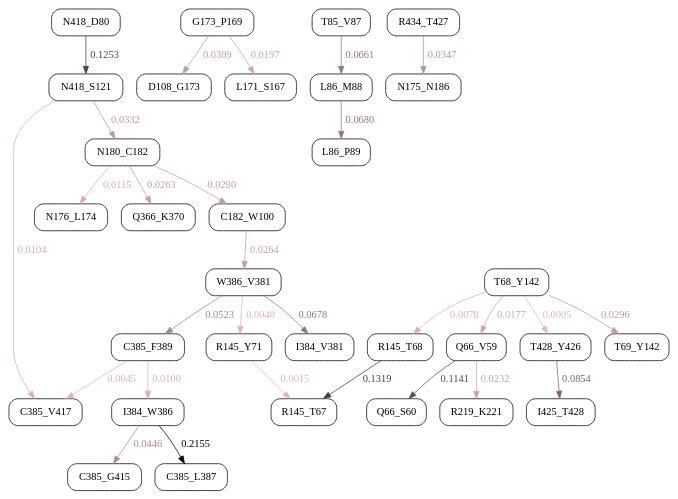
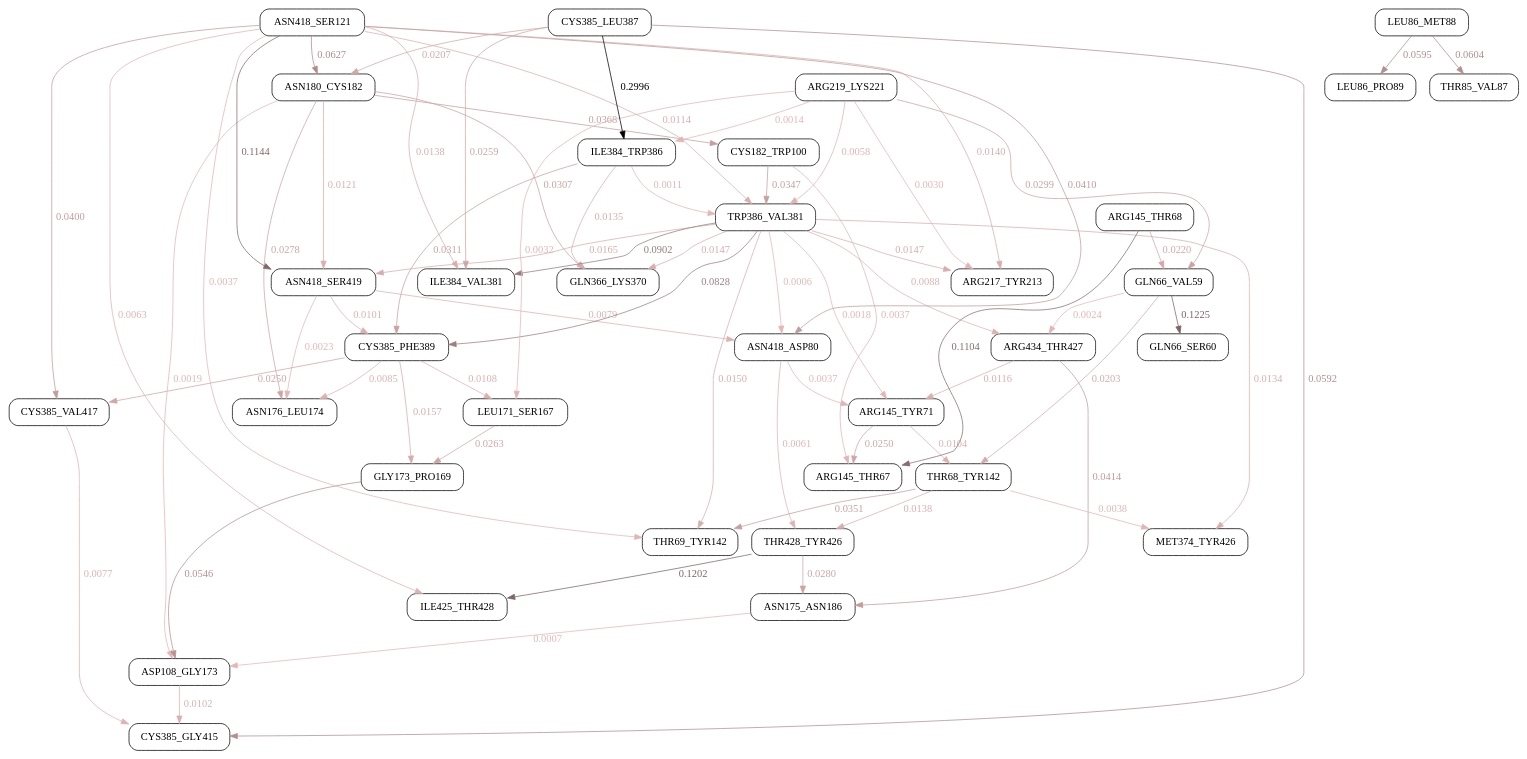
The diagram in drumbeat_demo/universalgraph.dot (bandyt-group/drumbeat), drawn with Graphviz before and after one commit. The commit also changed 1 other file, not shown here.

```diff
--- a/drumbeat_demo/universalgraph.dot
+++ b/drumbeat_demo/universalgraph.dot
@@ -1,59 +1,102 @@
 digraph G{
  ratio=fill;
  node [shape=box, style=rounded];
             edge [penwidth=1];
-"C182_W100";
-"C385_F389";
-"C385_G415";
-"C385_L387";
-"C385_V417";
-"D108_G173";
-"I384_V381";
-"I384_W386";
-"I425_T428";
-"L171_S167";
-"L86_M88";
-"L86_P89";
-"N175_N186";
-"N176_L174";
-"N180_C182";
-"N418_S121";
-"Q366_K370";
-"Q66_S60";
-"Q66_V59";
-"R145_T67";
-"R145_T68";
-"R145_Y71";
-"R219_K221";
-"T428_Y426";
-"T69_Y142";
-"W386_V381";
-"N180_C182" -> "C182_W100" [color="0 .2 0.7701079634683251", fontcolor="0 .2 0.7701079634683251", style=bold, label="0.0280" ];
-"W386_V381" -> "C385_F389" [color="0 .2 0.6573382933363658", fontcolor="0 .2 0.6573382933363658", style=bold, label="0.0523" ];
-"I384_W386" -> "C385_G415" [color="0 .2 0.6932361890863386", fontcolor="0 .2 0.6932361890863386", style=bold, label="0.0446" ];
-"I384_W386" -> "C385_L387" [color="0 .2 -0.09999999999999998", fontcolor="0 .2 -0.09999999999999998", style=bold, label="0.2155" ];
-"C385_F389" -> "C385_V417" [color="0 .2 0.8789199295783389", fontcolor="0 .2 0.8789199295783389", style=bold, label="0.0045" ];
-"N418_S121" -> "C385_V417" [color="0 .2 0.8517998680213691", fontcolor="0 .2 0.8517998680213691", style=bold, label="0.0104" ];
-"G173_P169" -> "D108_G173" [color="0 .2 0.7568168805435449", fontcolor="0 .2 0.7568168805435449", style=bold, label="0.0309" ];
-"W386_V381" -> "I384_V381" [color="0 .2 0.5852971734593468", fontcolor="0 .2 0.5852971734593468", style=bold, label="0.0678" ];
-"C385_F389" -> "I384_W386" [color="0 .2 0.8536229900296655", fontcolor="0 .2 0.8536229900296655", style=bold, label="0.0100" ];
-"T428_Y426" -> "I425_T428" [color="0 .2 0.5039025712475934", fontcolor="0 .2 0.5039025712475934", style=bold, label="0.0854" ];
-"G173_P169" -> "L171_S167" [color="0 .2 0.8087061882624397", fontcolor="0 .2 0.8087061882624397", style=bold, label="0.0197" ];
-"T85_V87" -> "L86_M88" [color="0 .2 0.5933719313349606", fontcolor="0 .2 0.5933719313349606", style=bold, label="0.0661" ];
-"L86_M88" -> "L86_P89" [color="0 .2 0.584363272619429", fontcolor="0 .2 0.584363272619429", style=bold, label="0.0680" ];
-"R434_T427" -> "N175_N186" [color="0 .2 0.738905747084684", fontcolor="0 .2 0.738905747084684", style=bold, label="0.0347" ];
-"N180_C182" -> "N176_L174" [color="0 .2 0.8467059845000986", fontcolor="0 .2 0.8467059845000986", style=bold, label="0.0115" ];
-"N418_S121" -> "N180_C182" [color="0 .2 0.7459997782425164", fontcolor="0 .2 0.7459997782425164", style=bold, label="0.0332" ];
-"N418_D80" -> "N418_S121" [color="0 .2 0.31852561266657275", fontcolor="0 .2 0.31852561266657275", style=bold, label="0.1253" ];
-"N180_C182" -> "Q366_K370" [color="0 .2 0.7780131782776085", fontcolor="0 .2 0.7780131782776085", style=bold, label="0.0263" ];
-"Q66_V59" -> "Q66_S60" [color="0 .2 0.3704965280571577", fontcolor="0 .2 0.3704965280571577", style=bold, label="0.1141" ];
-"T68_Y142" -> "Q66_V59" [color="0 .2 0.8177216434362913", fontcolor="0 .2 0.8177216434362913", style=bold, label="0.0177" ];
-"R145_T68" -> "R145_T67" [color="0 .2 0.2879343679398634", fontcolor="0 .2 0.2879343679398634", style=bold, label="0.1319" ];
-"R145_Y71" -> "R145_T67" [color="0 .2 0.8932221181422247", fontcolor="0 .2 0.8932221181422247", style=bold, label="0.0015" ];
-"T68_Y142" -> "R145_T68" [color="0 .2 0.8638992253039444", fontcolor="0 .2 0.8638992253039444", style=bold, label="0.0078" ];
-"W386_V381" -> "R145_Y71" [color="0 .2 0.8777361827382768", fontcolor="0 .2 0.8777361827382768", style=bold, label="0.0048" ];
-"Q66_V59" -> "R219_K221" [color="0 .2 0.7925886830831114", fontcolor="0 .2 0.7925886830831114", style=bold, label="0.0232" ];
-"T68_Y142" -> "T428_Y426" [color="0 .2 0.8976301476818521", fontcolor="0 .2 0.8976301476818521", style=bold, label="0.0005" ];
-"T68_Y142" -> "T69_Y142" [color="0 .2 0.7625394476725939", fontcolor="0 .2 0.7625394476725939", style=bold, label="0.0296" ];
-"C182_W100" -> "W386_V381" [color="0 .2 0.7776230532787296", fontcolor="0 .2 0.7776230532787296", style=bold, label="0.0264" ];
+"ARG145_THR67";
+"ARG145_TYR71";
+"ARG217_TYR213";
+"ARG434_THR427";
+"ASN175_ASN186";
+"ASN176_LEU174";
+"ASN180_CYS182";
+"ASN418_ASP80";
+"ASN418_SER419";
+"ASP108_GLY173";
+"CYS182_TRP100";
+"CYS385_GLY415";
+"CYS385_PHE389";
+"CYS385_VAL417";
+"GLN366_LYS370";
+"GLN66_SER60";
+"GLN66_VAL59";
+"GLY173_PRO169";
+"ILE384_TRP386";
+"ILE384_VAL381";
+"ILE425_THR428";
+"LEU171_SER167";
+"LEU86_PRO89";
+"MET374_TYR426";
+"THR428_TYR426";
+"THR68_TYR142";
+"THR69_TYR142";
+"THR85_VAL87";
+"TRP386_VAL381";
+"ARG145_THR68" -> "ARG145_THR67" [color="0 .2 0.5314727882205967", fontcolor="0 .2 0.5314727882205967", style=bold, label="0.1104" ];
+"ARG145_TYR71" -> "ARG145_THR67" [color="0 .2 0.8167061800094924", fontcolor="0 .2 0.8167061800094924", style=bold, label="0.0250" ];
+"CYS182_TRP100" -> "ARG145_THR67" [color="0 .2 0.8875466516535379", fontcolor="0 .2 0.8875466516535379", style=bold, label="0.0037" ];
+"ARG434_THR427" -> "ARG145_TYR71" [color="0 .2 0.861444974593499", fontcolor="0 .2 0.861444974593499", style=bold, label="0.0116" ];
+"ASN418_ASP80" -> "ARG145_TYR71" [color="0 .2 0.8876764206004107", fontcolor="0 .2 0.8876764206004107", style=bold, label="0.0037" ];
+"TRP386_VAL381" -> "ARG145_TYR71" [color="0 .2 0.8941352385562334", fontcolor="0 .2 0.8941352385562334", style=bold, label="0.0018" ];
+"ARG219_LYS221" -> "ARG217_TYR213" [color="0 .2 0.8899775893631496", fontcolor="0 .2 0.8899775893631496", style=bold, label="0.0030" ];
+"ASN418_SER121" -> "ARG217_TYR213" [color="0 .2 0.8531950468208547", fontcolor="0 .2 0.8531950468208547", style=bold, label="0.0140" ];
+"TRP386_VAL381" -> "ARG217_TYR213" [color="0 .2 0.8509540688410161", fontcolor="0 .2 0.8509540688410161", style=bold, label="0.0147" ];
+"GLN66_VAL59" -> "ARG434_THR427" [color="0 .2 0.8918637005655775", fontcolor="0 .2 0.8918637005655775", style=bold, label="0.0024" ];
+"TRP386_VAL381" -> "ARG434_THR427" [color="0 .2 0.8706344502019248", fontcolor="0 .2 0.8706344502019248", style=bold, label="0.0088" ];
+"ARG434_THR427" -> "ASN175_ASN186" [color="0 .2 0.7616725199849517", fontcolor="0 .2 0.7616725199849517", style=bold, label="0.0414" ];
+"THR428_TYR426" -> "ASN175_ASN186" [color="0 .2 0.8064610329910736", fontcolor="0 .2 0.8064610329910736", style=bold, label="0.0280" ];
+"ASN180_CYS182" -> "ASN176_LEU174" [color="0 .2 0.8072138791900311", fontcolor="0 .2 0.8072138791900311", style=bold, label="0.0278" ];
+"ASN418_SER419" -> "ASN176_LEU174" [color="0 .2 0.8921931510944928", fontcolor="0 .2 0.8921931510944928", style=bold, label="0.0023" ];
+"CYS385_PHE389" -> "ASN176_LEU174" [color="0 .2 0.871614673732327", fontcolor="0 .2 0.871614673732327", style=bold, label="0.0085" ];
+"ASN418_SER121" -> "ASN180_CYS182" [color="0 .2 0.6907140192800563", fontcolor="0 .2 0.6907140192800563", style=bold, label="0.0627" ];
+"CYS385_LEU387" -> "ASN180_CYS182" [color="0 .2 0.8308385182880083", fontcolor="0 .2 0.8308385182880083", style=bold, label="0.0207" ];
+"ASN418_SER121" -> "ASN418_ASP80" [color="0 .2 0.7632273287855409", fontcolor="0 .2 0.7632273287855409", style=bold, label="0.0410" ];
+"ASN418_SER419" -> "ASN418_ASP80" [color="0 .2 0.8737997427972695", fontcolor="0 .2 0.8737997427972695", style=bold, label="0.0079" ];
+"TRP386_VAL381" -> "ASN418_ASP80" [color="0 .2 0.8979711328898322", fontcolor="0 .2 0.8979711328898322", style=bold, label="0.0006" ];
+"ASN180_CYS182" -> "ASN418_SER419" [color="0 .2 0.8595784503343225", fontcolor="0 .2 0.8595784503343225", style=bold, label="0.0121" ];
+"ASN418_SER121" -> "ASN418_SER419" [color="0 .2 0.5181953676304325", fontcolor="0 .2 0.5181953676304325", style=bold, label="0.1144" ];
+"TRP386_VAL381" -> "ASN418_SER419" [color="0 .2 0.8450559476891486", fontcolor="0 .2 0.8450559476891486", style=bold, label="0.0165" ];
+"ASN175_ASN186" -> "ASP108_GLY173" [color="0 .2 0.8977276174187037", fontcolor="0 .2 0.8977276174187037", style=bold, label="0.0007" ];
+"ASN180_CYS182" -> "ASP108_GLY173" [color="0 .2 0.89351040320708", fontcolor="0 .2 0.89351040320708", style=bold, label="0.0019" ];
+"GLY173_PRO169" -> "ASP108_GLY173" [color="0 .2 0.7178534075337432", fontcolor="0 .2 0.7178534075337432", style=bold, label="0.0546" ];
+"ASN180_CYS182" -> "CYS182_TRP100" [color="0 .2 0.777185428988345", fontcolor="0 .2 0.777185428988345", style=bold, label="0.0368" ];
+"ASP108_GLY173" -> "CYS385_GLY415" [color="0 .2 0.8659424404967803", fontcolor="0 .2 0.8659424404967803", style=bold, label="0.0102" ];
+"CYS385_LEU387" -> "CYS385_GLY415" [color="0 .2 0.7022626685809324", fontcolor="0 .2 0.7022626685809324", style=bold, label="0.0592" ];
+"CYS385_VAL417" -> "CYS385_GLY415" [color="0 .2 0.8744158259155361", fontcolor="0 .2 0.8744158259155361", style=bold, label="0.0077" ];
+"ASN418_SER419" -> "CYS385_PHE389" [color="0 .2 0.8664537134383444", fontcolor="0 .2 0.8664537134383444", style=bold, label="0.0101" ];
+"ILE384_TRP386" -> "CYS385_PHE389" [color="0 .2 0.7960552458662351", fontcolor="0 .2 0.7960552458662351", style=bold, label="0.0311" ];
+"TRP386_VAL381" -> "CYS385_PHE389" [color="0 .2 0.6235115983079798", fontcolor="0 .2 0.6235115983079798", style=bold, label="0.0828" ];
+"ASN418_SER121" -> "CYS385_VAL417" [color="0 .2 0.7663572387506049", fontcolor="0 .2 0.7663572387506049", style=bold, label="0.0400" ];
+"CYS385_PHE389" -> "CYS385_VAL417" [color="0 .2 0.8166335240370589", fontcolor="0 .2 0.8166335240370589", style=bold, label="0.0250" ];
+"ASN180_CYS182" -> "GLN366_LYS370" [color="0 .2 0.7975696379027524", fontcolor="0 .2 0.7975696379027524", style=bold, label="0.0307" ];
+"ILE384_TRP386" -> "GLN366_LYS370" [color="0 .2 0.8550947827700986", fontcolor="0 .2 0.8550947827700986", style=bold, label="0.0135" ];
+"TRP386_VAL381" -> "GLN366_LYS370" [color="0 .2 0.8508785874256818", fontcolor="0 .2 0.8508785874256818", style=bold, label="0.0147" ];
+"GLN66_VAL59" -> "GLN66_SER60" [color="0 .2 0.4912548558592158", fontcolor="0 .2 0.4912548558592158", style=bold, label="0.1225" ];
+"ARG145_THR68" -> "GLN66_VAL59" [color="0 .2 0.8264962239253147", fontcolor="0 .2 0.8264962239253147", style=bold, label="0.0220" ];
+"ARG219_LYS221" -> "GLN66_VAL59" [color="0 .2 0.8002031011431072", fontcolor="0 .2 0.8002031011431072", style=bold, label="0.0299" ];
+"CYS385_PHE389" -> "GLY173_PRO169" [color="0 .2 0.8474569244605173", fontcolor="0 .2 0.8474569244605173", style=bold, label="0.0157" ];
+"LEU171_SER167" -> "GLY173_PRO169" [color="0 .2 0.8123819282759466", fontcolor="0 .2 0.8123819282759466", style=bold, label="0.0263" ];
+"ARG219_LYS221" -> "ILE384_TRP386" [color="0 .2 0.8952003137011815", fontcolor="0 .2 0.8952003137011815", style=bold, label="0.0014" ];
+"CYS385_LEU387" -> "ILE384_TRP386" [color="0 .2 -0.09999999999999998", fontcolor="0 .2 -0.09999999999999998", style=bold, label="0.2996" ];
+"ASN418_SER121" -> "ILE384_VAL381" [color="0 .2 0.8540679298059011", fontcolor="0 .2 0.8540679298059011", style=bold, label="0.0138" ];
+"CYS385_LEU387" -> "ILE384_VAL381" [color="0 .2 0.8134679658967111", fontcolor="0 .2 0.8134679658967111", style=bold, label="0.0259" ];
+"TRP386_VAL381" -> "ILE384_VAL381" [color="0 .2 0.599076809829079", fontcolor="0 .2 0.599076809829079", style=bold, label="0.0902" ];
+"ASN418_SER121" -> "ILE425_THR428" [color="0 .2 0.8789690995032111", fontcolor="0 .2 0.8789690995032111", style=bold, label="0.0063" ];
+"THR428_TYR426" -> "ILE425_THR428" [color="0 .2 0.4988195798231753", fontcolor="0 .2 0.4988195798231753", style=bold, label="0.1202" ];
+"ARG219_LYS221" -> "LEU171_SER167" [color="0 .2 0.8894400910598782", fontcolor="0 .2 0.8894400910598782", style=bold, label="0.0032" ];
+"CYS385_PHE389" -> "LEU171_SER167" [color="0 .2 0.8639983310605656", fontcolor="0 .2 0.8639983310605656", style=bold, label="0.0108" ];
+"LEU86_MET88" -> "LEU86_PRO89" [color="0 .2 0.7013476600050708", fontcolor="0 .2 0.7013476600050708", style=bold, label="0.0595" ];
+"THR68_TYR142" -> "MET374_TYR426" [color="0 .2 0.88733529984373", fontcolor="0 .2 0.88733529984373", style=bold, label="0.0038" ];
+"TRP386_VAL381" -> "MET374_TYR426" [color="0 .2 0.8554413365642178", fontcolor="0 .2 0.8554413365642178", style=bold, label="0.0134" ];
+"ASN418_ASP80" -> "THR428_TYR426" [color="0 .2 0.8796120329657994", fontcolor="0 .2 0.8796120329657994", style=bold, label="0.0061" ];
+"THR68_TYR142" -> "THR428_TYR426" [color="0 .2 0.8540927101745104", fontcolor="0 .2 0.8540927101745104", style=bold, label="0.0138" ];
+"ARG145_TYR71" -> "THR68_TYR142" [color="0 .2 0.8653994844238145", fontcolor="0 .2 0.8653994844238145", style=bold, label="0.0104" ];
+"GLN66_VAL59" -> "THR68_TYR142" [color="0 .2 0.8323738034087856", fontcolor="0 .2 0.8323738034087856", style=bold, label="0.0203" ];
+"ASN418_SER121" -> "THR69_TYR142" [color="0 .2 0.8877193285822239", fontcolor="0 .2 0.8877193285822239", style=bold, label="0.0037" ];
+"THR68_TYR142" -> "THR69_TYR142" [color="0 .2 0.7829458988976872", fontcolor="0 .2 0.7829458988976872", style=bold, label="0.0351" ];
+"TRP386_VAL381" -> "THR69_TYR142" [color="0 .2 0.8499192350994536", fontcolor="0 .2 0.8499192350994536", style=bold, label="0.0150" ];
+"LEU86_MET88" -> "THR85_VAL87" [color="0 .2 0.6985061505676757", fontcolor="0 .2 0.6985061505676757", style=bold, label="0.0604" ];
+"ARG219_LYS221" -> "TRP386_VAL381" [color="0 .2 0.8806199514278884", fontcolor="0 .2 0.8806199514278884", style=bold, label="0.0058" ];
+"ASN418_SER121" -> "TRP386_VAL381" [color="0 .2 0.8618114379824553", fontcolor="0 .2 0.8618114379824553", style=bold, label="0.0114" ];
+"CYS182_TRP100" -> "TRP386_VAL381" [color="0 .2 0.7842840838479124", fontcolor="0 .2 0.7842840838479124", style=bold, label="0.0347" ];
+"ILE384_TRP386" -> "TRP386_VAL381" [color="0 .2 0.8962143638479532", fontcolor="0 .2 0.8962143638479532", style=bold, label="0.0011" ];
 }
```
